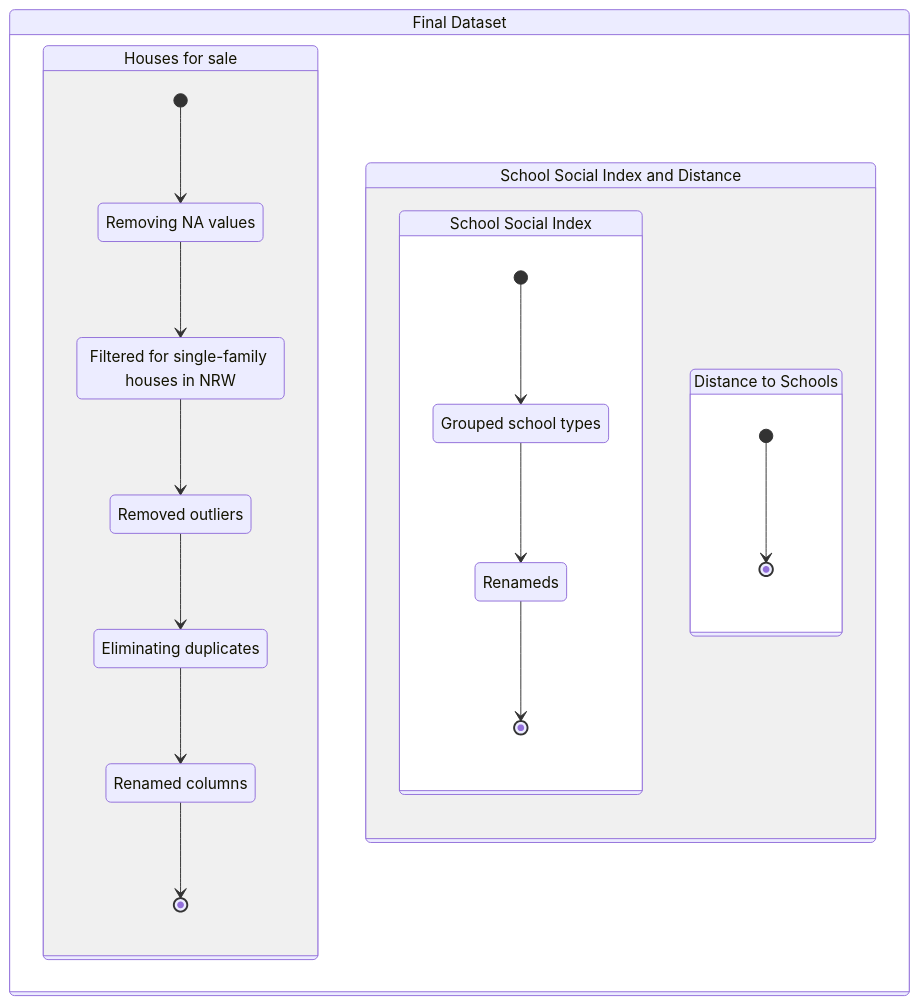
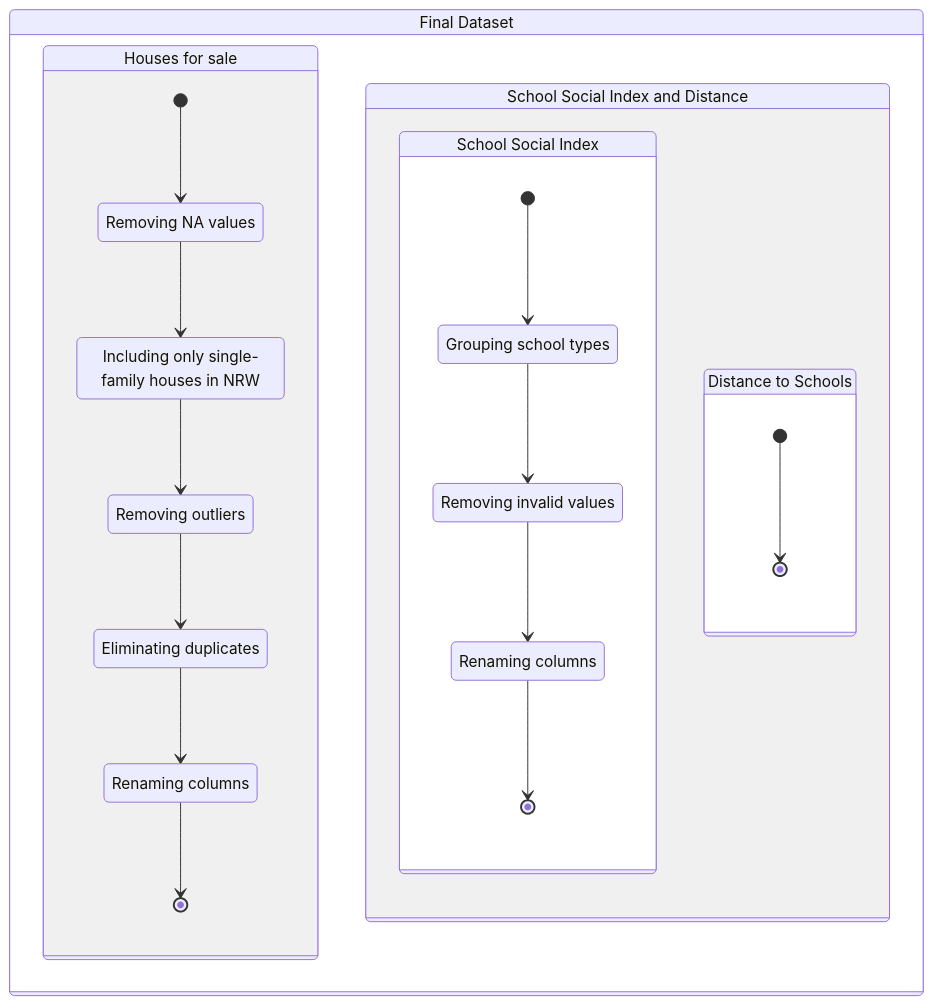
One commit to Sall2008/Data-Analysis-Using-R-Project- changed the diagram in presentation_results.qmd. Above: the diagram before and after it, drawn with Mermaid. The commit also changed other lines of this file, not shown here.

First line of the commit message:
Removed old graphics.

````diff
--- a/presentation_results.qmd
+++ b/presentation_results.qmd
@@ -110,47 +110,49 @@
 ```{mermaid}
 %%| fig-height: 2.9
 
 stateDiagram-v2
     direction LR
 
     Final: Final Dataset
     state Final {
         
         Housing: Houses for sale
         state Housing {
             [*] --> NA
             NA: Removing NA values
             NA --> File
-            File: Filtered for single-family houses in NRW
+            File: Including only single-family houses in NRW
             File --> Outl
-            Outl: Removed outliers
+            Outl: Removing outliers
             Outl --> Dedu
             Dedu: Eliminating duplicates 
             Dedu --> Muta
-            Muta: Renamed columns
+            Muta: Renaming columns
             Muta --> [*]
         }
         
         School_Dist: School Social Index and Distance
         state School_Dist {
 
             Index: School Social Index
             state Index {
                 [*] --> Types
-                Types: Grouped school types
-                Types --> Muta2
-                Muta2: Renameds
+                Types: Grouping school types
+                Types --> Remo
+                Remo: Removing invalid values
+                Remo --> Muta2
+                Muta2: Renaming columns
                 Muta2 --> [*]
             }
 
 
             Dist: Distance to Schools
             state Dist {
                 [*] --> [*]
             }
 
         }
 
     }
 
 ```
````
